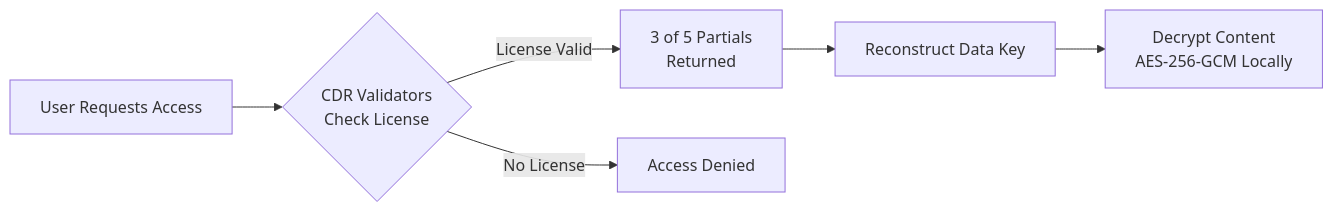
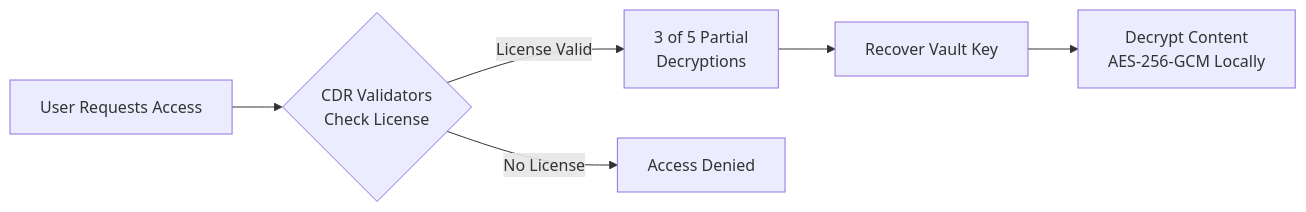
Before and after one commit to Ankhzz/promptvault: the second of 5 diagrams in litepaper.md, drawn with Mermaid. The commit also changed other lines of this file, not shown here.

Commit message:
docs: align litepaper with CDR threshold encryption architecture

````diff
--- a/litepaper.md
+++ b/litepaper.md
@@ -92,8 +92,8 @@
 ```mermaid
 flowchart LR
     A[User Requests Access] --> B{CDR Validators<br/>Check License}
-    B -->|License Valid| C[3 of 5 Partials<br/>Returned]
+    B -->|License Valid| C[3 of 5 Partial<br/>Decryptions]
     B -->|No License| D[Access Denied]
-    C --> E[Reconstruct Data Key]
+    C --> E[Recover Vault Key]
     E --> F[Decrypt Content<br/>AES-256-GCM Locally]
 ```
````
